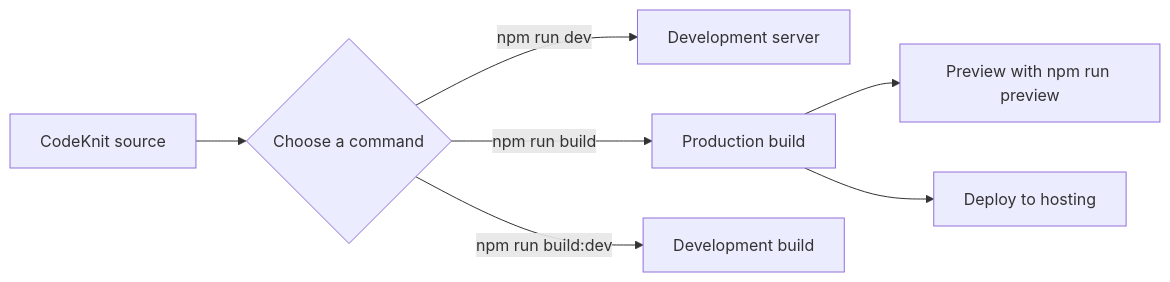
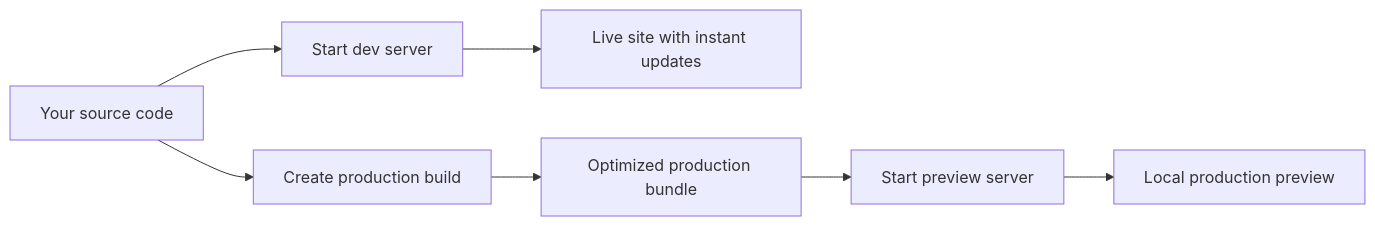
Before and after one commit to Mohita111/API2: the first of 2 diagrams in api2-documentation/plan_2026-11-02_f8890e/user-facing-docs/site-building-bundling.md, drawn with Mermaid. The commit also changed other lines of this file and 14 other files, not shown here.

````diff
--- a/api2-documentation/plan_2026-11-02_f8890e/user-facing-docs/site-building-bundling.md
+++ b/api2-documentation/plan_2026-11-02_f8890e/user-facing-docs/site-building-bundling.md
@@ -19,9 +19,9 @@
 ```mermaid
 graph LR
-    A[CodeKnit source] --> B{Choose a command}
-    B -->|npm run dev| C[Development server]
-    B -->|npm run build| D[Production build]
-    B -->|npm run build:dev| E[Development build]
-    D --> F[Preview with npm run preview]
-    D --> G[Deploy to hosting]
+  A[Your source code] --> B[Start dev server]
+  A --> C[Create production build]
+  B --> D[Live site with instant updates]
+  C --> E[Optimized production bundle]
+  E --> F[Start preview server]
+  F --> G[Local production preview]
 ```
````
